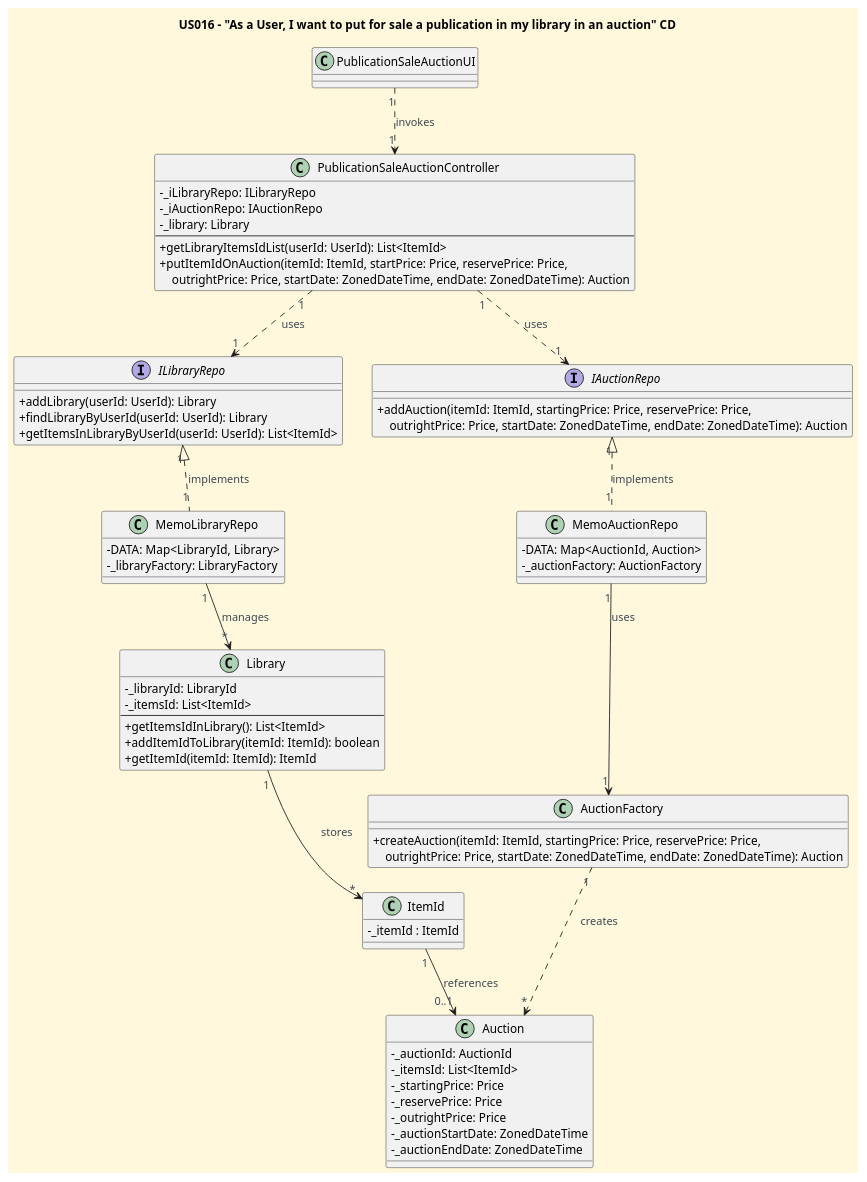
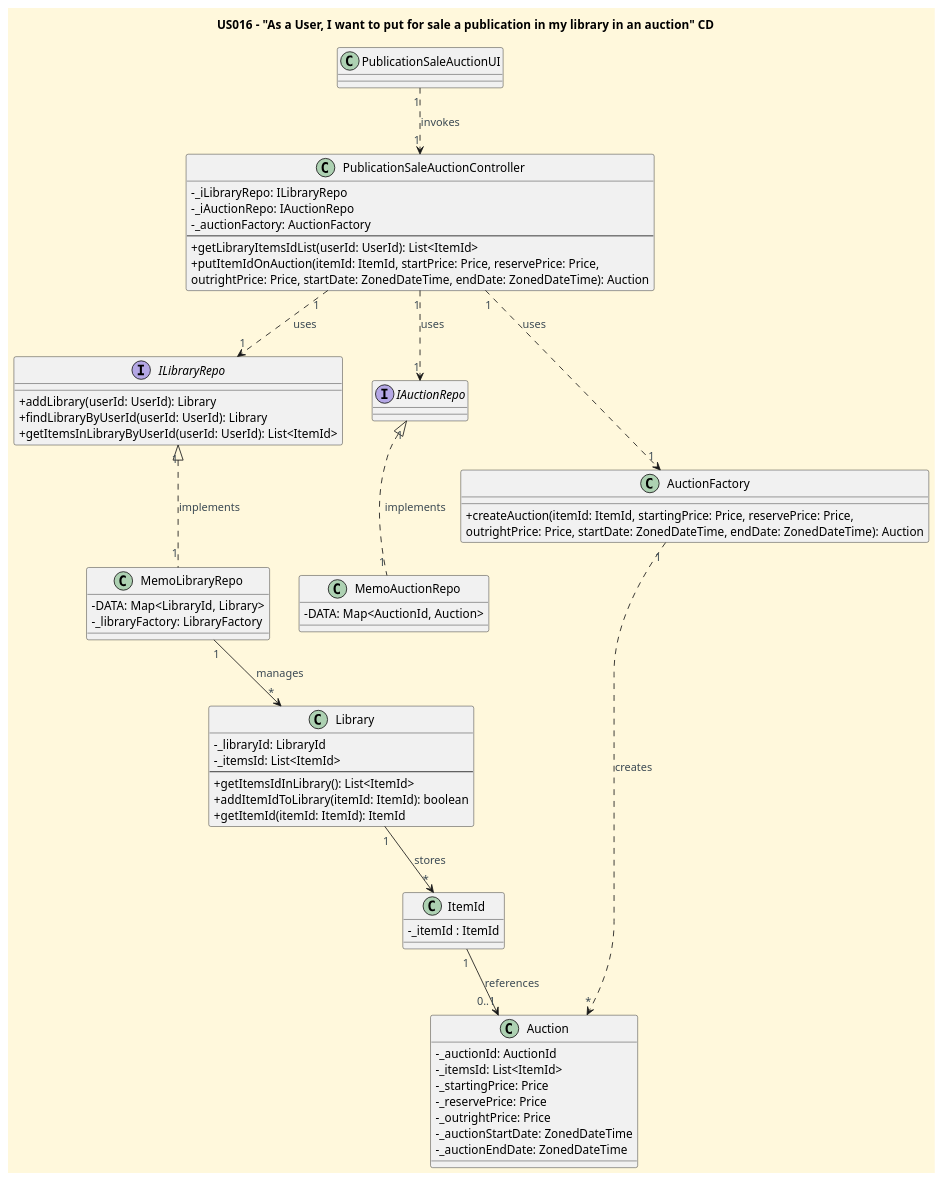
One commit to CarolinaLeite-collab/JavaMarketplacePlatform changed the diagram in docs/user-stories/US016/US016_publication_sale_auction_CD.puml. Above: the diagram before and after it, drawn with PlantUML.

Commit message:
docs: move repo method usage from IAuctionRepo to controller in class diagram #607

```diff
--- a/docs/user-stories/US016/US016_publication_sale_auction_CD.puml
+++ b/docs/user-stories/US016/US016_publication_sale_auction_CD.puml
@@ -1,102 +1,94 @@
 @startuml
-'https://plantuml.com/class-diagram
 title US016 – "As a User, I want to put for sale a publication in my library in an auction" CD
 
 '==== basic style ====
 skinparam monochrome false
 skinparam shadowing false
 skinparam defaultFontName Futura
 skinparam objectFontSize 20
 skinparam backgroundColor CornSilk
 skinparam objectBackgroundColor WhiteSmoke
 skinparam noteBackgroundColor #FFFFE0
 skinparam ArrowFontColor #3B4953
 skinparam ActivationBackgroundColor black
 skinparam classAttributeIconSize 0
 
 '=== Classes ===
 class PublicationSaleAuctionUI {
 }
 
 class PublicationSaleAuctionController {
   - _iLibraryRepo: ILibraryRepo
   - _iAuctionRepo: IAuctionRepo
-  - _library: Library
+  - _auctionFactory: AuctionFactory
   --
   + getLibraryItemsIdList(userId: UserId): List<ItemId>
-  + putItemIdOnAuction(itemId: ItemId, startPrice: Price, reservePrice: Price,\n    outrightPrice: Price, startDate: ZonedDateTime, endDate: ZonedDateTime): Auction
+  + putItemIdOnAuction(itemId: ItemId, startPrice: Price, reservePrice: Price,
+    outrightPrice: Price, startDate: ZonedDateTime, endDate: ZonedDateTime): Auction
 }
 
-Interface ILibraryRepo {
+interface ILibraryRepo {
   + addLibrary(userId: UserId): Library
   + findLibraryByUserId(userId: UserId): Library
   + getItemsInLibraryByUserId(userId: UserId): List<ItemId>
 }
 
 class MemoLibraryRepo {
   - DATA: Map<LibraryId, Library>
   - _libraryFactory: LibraryFactory
 }
 
 class Library {
   - _libraryId: LibraryId
   - _itemsId: List<ItemId>
   --
   + getItemsIdInLibrary(): List<ItemId>
   + addItemIdToLibrary(itemId: ItemId): boolean
   + getItemId(itemId: ItemId): ItemId
 }
 
 class ItemId {
-- _itemId : ItemId
-
+  - _itemId : ItemId
 }
 
-Interface IAuctionRepo {
-  + addAuction(itemId: ItemId, startingPrice: Price, reservePrice: Price,\n    outrightPrice: Price, startDate: ZonedDateTime, endDate: ZonedDateTime): Auction
+interface IAuctionRepo {
+
 }
 
 class MemoAuctionRepo {
   - DATA: Map<AuctionId, Auction>
-  - _auctionFactory: AuctionFactory
 }
 
 class AuctionFactory {
-  + createAuction(itemId: ItemId, startingPrice: Price, reservePrice: Price,\n    outrightPrice: Price, startDate: ZonedDateTime, endDate: ZonedDateTime): Auction
+  + createAuction(itemId: ItemId, startingPrice: Price, reservePrice: Price,
+    outrightPrice: Price, startDate: ZonedDateTime, endDate: ZonedDateTime): Auction
 }
 
 class Auction {
   - _auctionId: AuctionId
   - _itemsId: List<ItemId>
   - _startingPrice: Price
   - _reservePrice: Price
   - _outrightPrice: Price
   - _auctionStartDate: ZonedDateTime
   - _auctionEndDate: ZonedDateTime
 }
 
 '=== Relationships ===
-' UI → Controller
 PublicationSaleAuctionUI "1" ..> "1" PublicationSaleAuctionController : invokes
 
-' Controller → Interfaces
 PublicationSaleAuctionController "1" ..> "1" ILibraryRepo : uses
 PublicationSaleAuctionController "1" ..> "1" IAuctionRepo : uses
+PublicationSaleAuctionController "1" ..> "1" AuctionFactory : uses
 
-' Interfaces → Repos
 ILibraryRepo "1" <|.. "1" MemoLibraryRepo : implements
 IAuctionRepo "1" <|.. "1" MemoAuctionRepo : implements
 
-' Library chain
 MemoLibraryRepo "1" --> "*" Library : manages
 Library "1" --> "*" ItemId : stores
 
-
-' ItemId links to Auction after creation
 ItemId "1" --> "0..1" Auction : references
 
-' Auction creation chain
-MemoAuctionRepo "1" --> "1" AuctionFactory : uses
 AuctionFactory "1" ..> "*" Auction : creates
 
 @enduml
```
